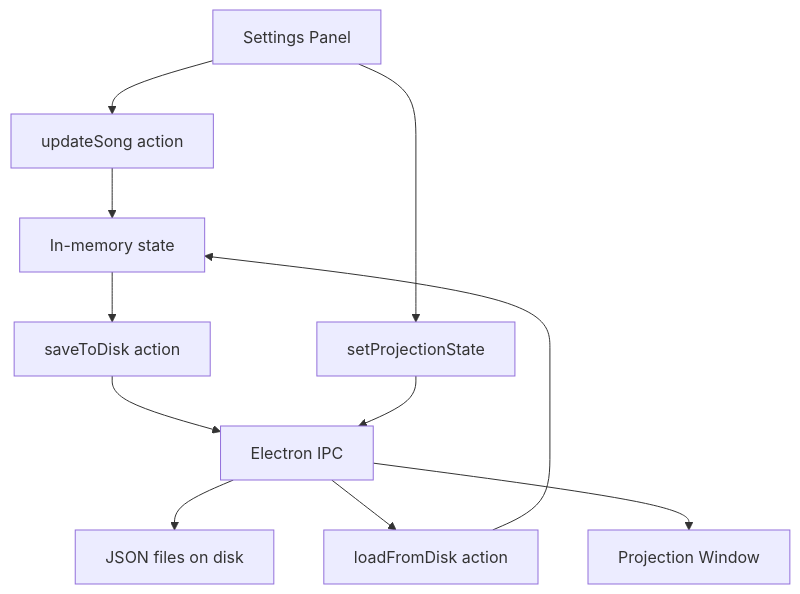
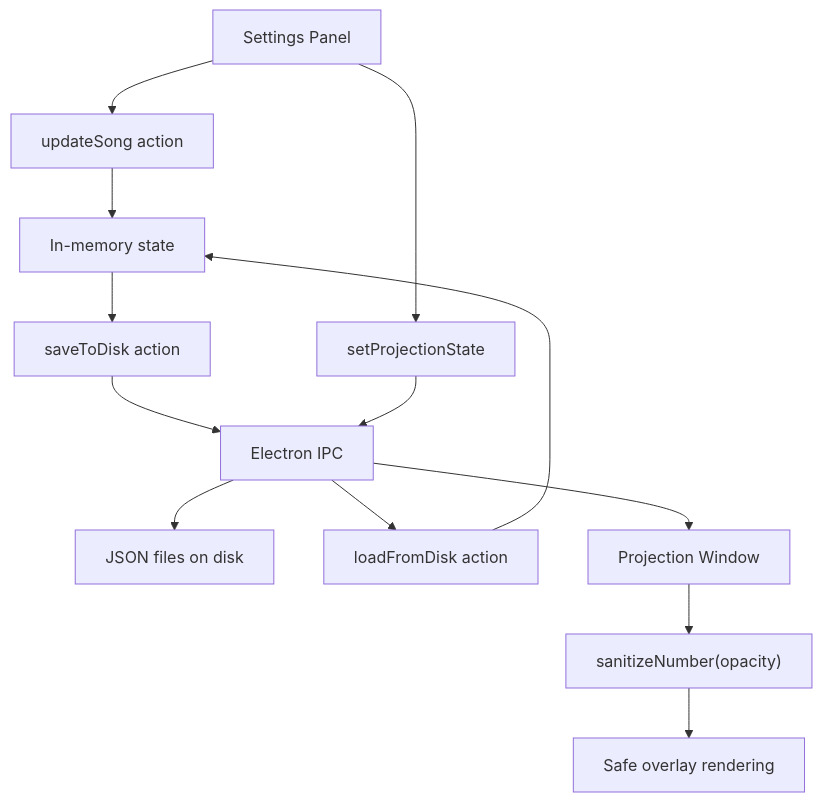
Before and after one commit to jimmywyk/lyricdeck: the sixth of 9 diagrams in .qoder/repowiki/en/content/Architecture Overview/Component Architecture/Settings Panel.md, drawn with Mermaid. The commit also changed other lines of this file and 12 other files, not shown here.

````diff
--- a/.qoder/repowiki/en/content/Architecture Overview/Component Architecture/Settings Panel.md
+++ b/.qoder/repowiki/en/content/Architecture Overview/Component Architecture/Settings Panel.md
@@ -274,13 +304,15 @@
 ```mermaid
 flowchart TD
 SettingsPanel["Settings Panel"] --> UpdateSong["updateSong action"]
 UpdateSong --> StoreState["In-memory state"]
 StoreState --> Persist["saveToDisk action"]
 Persist --> ElectronIPC["Electron IPC"]
 ElectronIPC --> FileSystem["JSON files on disk"]
 ElectronIPC --> LoadData["loadFromDisk action"]
 LoadData --> StoreState
 SettingsPanel --> UpdateProjection["setProjectionState"]
 UpdateProjection --> ElectronIPC
 ElectronIPC --> ProjectionWindow["Projection Window"]
+ProjectionWindow --> SanitizeOverlay["sanitizeNumber(opacity)"]
+SanitizeOverlay --> SafeRendering["Safe overlay rendering"]
 ```
````
